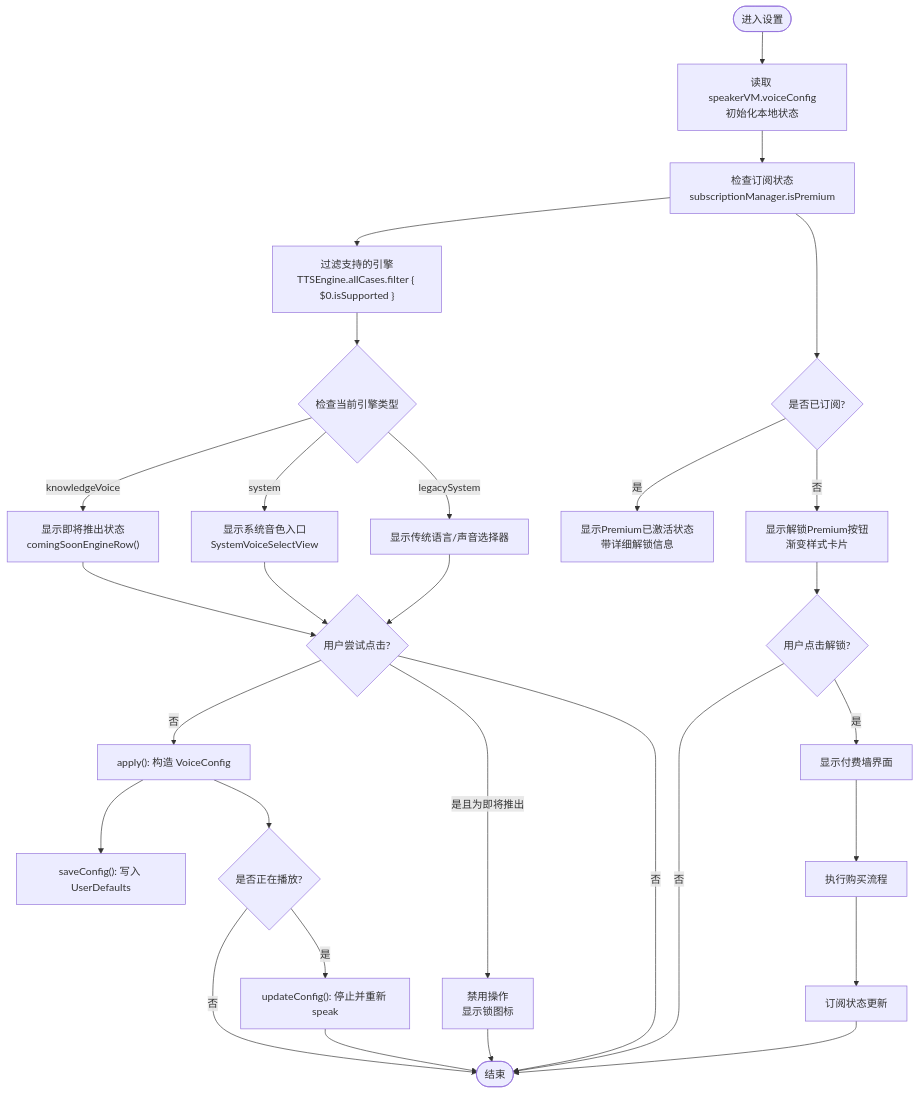
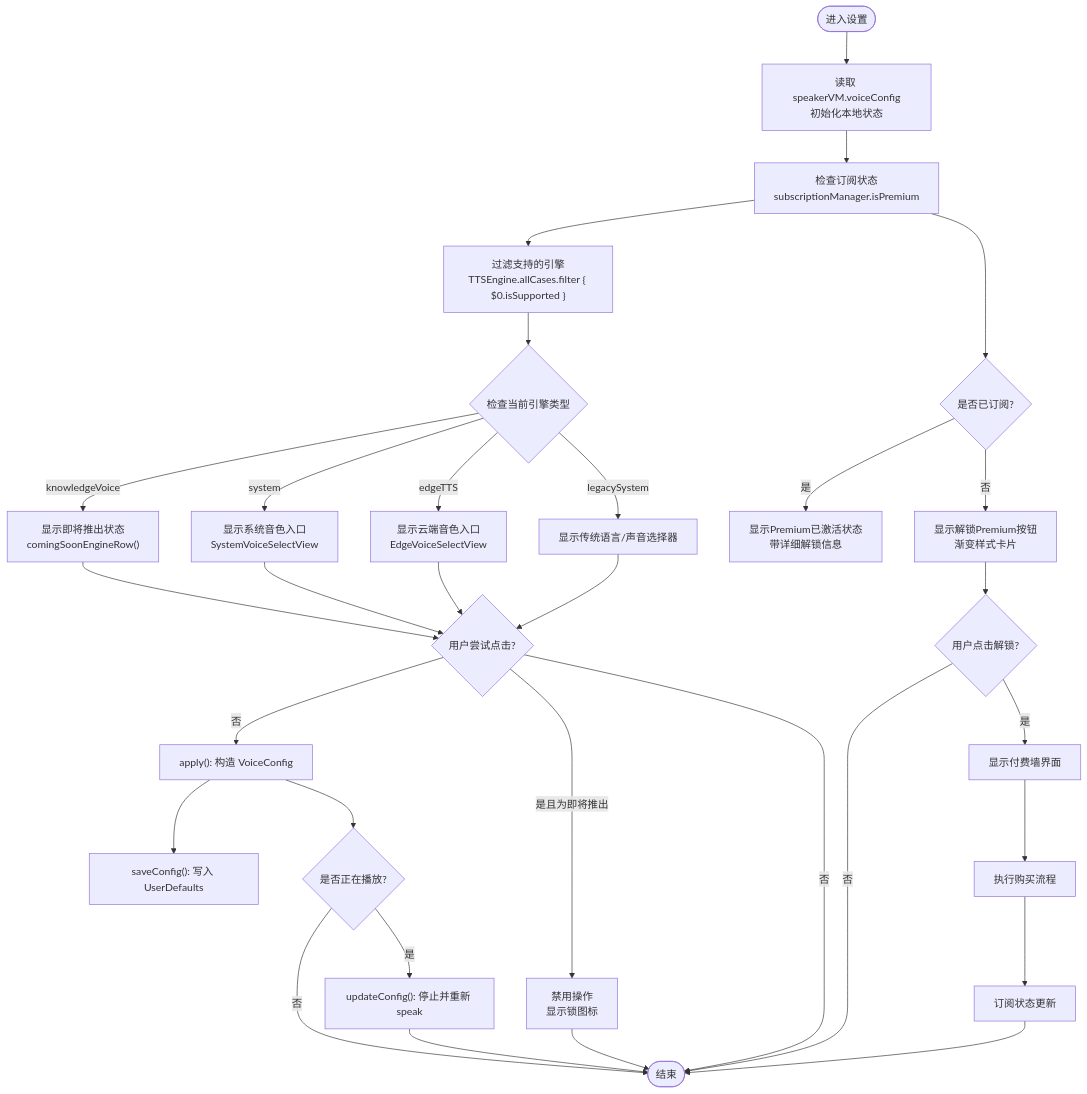
Before and after one commit to Primoguo/VoiceReader: the third of 13 diagrams in .qoder/repowiki/zh/content/用户界面设计/设置界面/设置界面.md, drawn with Mermaid. The commit also changed other lines of this file and 29 other files, not shown here.

````diff
--- a/.qoder/repowiki/zh/content/用户界面设计/设置界面/设置界面.md
+++ b/.qoder/repowiki/zh/content/用户界面设计/设置界面/设置界面.md
@@ -216,31 +250,33 @@
 ```mermaid
 flowchart TD
 Start(["进入设置"]) --> Init["读取 speakerVM.voiceConfig<br/>初始化本地状态"]
 Init --> CheckSub["检查订阅状态<br/>subscriptionManager.isPremium"]
 CheckSub --> Filter["过滤支持的引擎<br/>TTSEngine.allCases.filter { $0.isSupported }"]
 Filter --> EngineCheck{"检查当前引擎类型"}
 EngineCheck --> |knowledgeVoice| ShowComingSoon["显示即将推出状态<br/>comingSoonEngineRow()"]
 EngineCheck --> |system| ShowSystemVoice["显示系统音色入口<br/>SystemVoiceSelectView"]
+EngineCheck --> |edgeTTS| ShowEdgeVoice["显示云端音色入口<br/>EdgeVoiceSelectView"]
 EngineCheck --> |legacySystem| ShowLegacyPicker["显示传统语言/声音选择器"]
 ShowComingSoon --> UserChange{"用户尝试点击?"}
 ShowSystemVoice --> UserChange
+ShowEdgeVoice --> UserChange
 ShowLegacyPicker --> UserChange
 UserChange --> |是且为即将推出| Disabled["禁用操作<br/>显示锁图标"]
 UserChange --> |否| Apply["apply(): 构造 VoiceConfig"]
 Apply --> Persist["saveConfig(): 写入 UserDefaults"]
 Apply --> Playing{"是否正在播放?"}
 Playing --> |是| Update["updateConfig(): 停止并重新 speak"]
 Playing --> |否| End(["结束"])
 Update --> End
 Disabled --> End
 UserChange --> |否| End
 CheckSub --> PremiumCheck{"是否已订阅?"}
 PremiumCheck --> |是| ShowPremium["显示Premium已激活状态<br/>带详细解锁信息"]
 PremiumCheck --> |否| ShowUnlock["显示解锁Premium按钮<br/>渐变样式卡片"]
 ShowUnlock --> ClickUnlock{"用户点击解锁?"}
 ClickUnlock --> |是| ShowPaywall["显示付费墙界面"]
 ClickUnlock --> |否| End
 ShowPaywall --> Purchase["执行购买流程"]
 Purchase --> SubUpdated["订阅状态更新"]
 SubUpdated --> End
 ```
````
